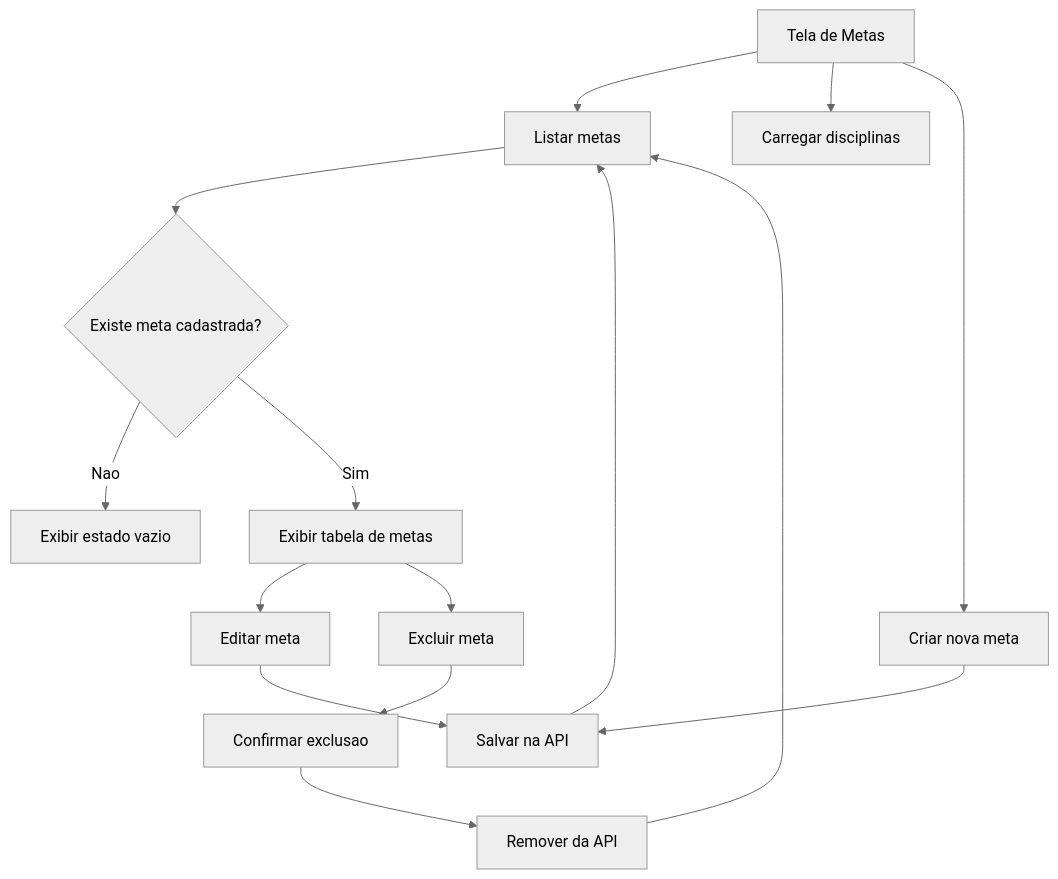
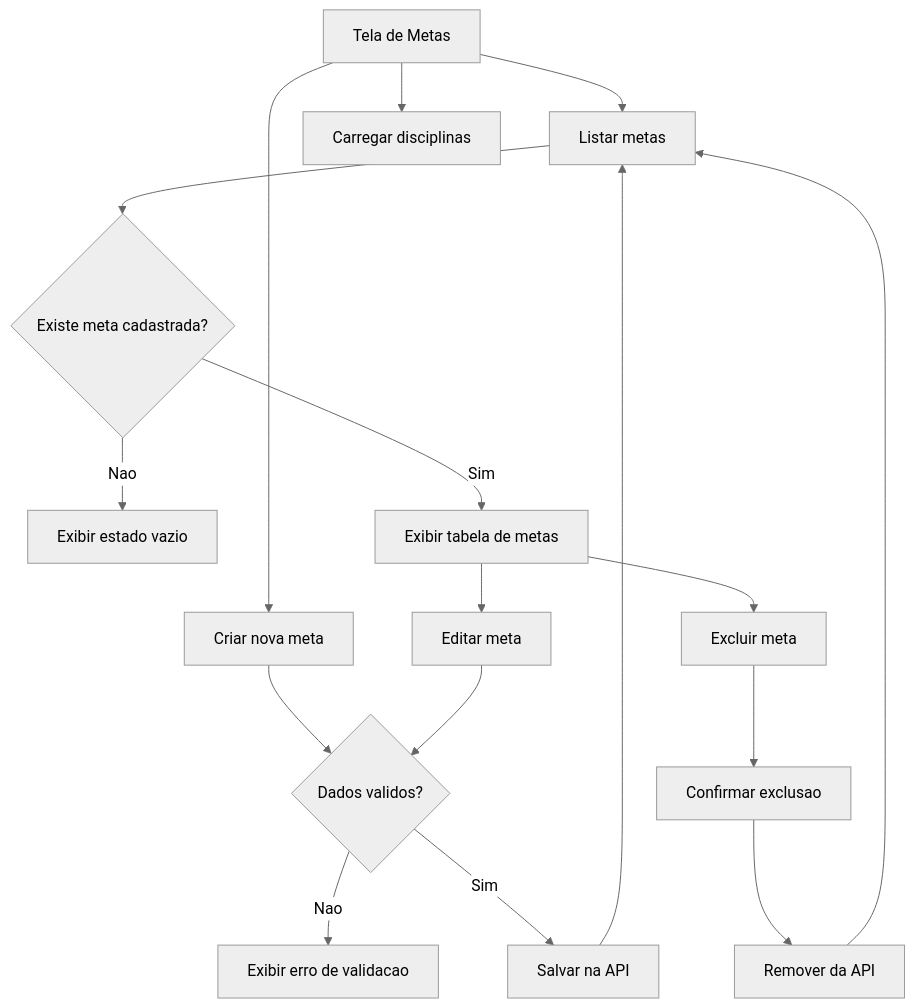
Before and after one commit to art4raujo0/xp-diario: the fourth of 6 diagrams in docs/DIAGRAMAS_TELAS_USUARIO_FINAL.md, drawn with Mermaid (neutral theme). The commit also changed other lines of this file and 12 other files, not shown here.

````diff
--- a/docs/DIAGRAMAS_TELAS_USUARIO_FINAL.md
+++ b/docs/DIAGRAMAS_TELAS_USUARIO_FINAL.md
@@ -43,17 +61,19 @@
 ```mermaid
 flowchart TD
     A[Tela de Metas] --> B[Listar metas]
     A --> C[Carregar disciplinas]
     B --> D{Existe meta cadastrada?}
     D -- Nao --> E[Exibir estado vazio]
     D -- Sim --> F[Exibir tabela de metas]
     F --> G[Editar meta]
     F --> H[Excluir meta]
     A --> I[Criar nova meta]
-    I --> J[Salvar na API]
+    I --> J{Dados validos?}
     G --> J
-    H --> K[Confirmar exclusao]
-    K --> L[Remover da API]
-    J --> B
+    J -- Nao --> K[Exibir erro de validacao]
+    J -- Sim --> L[Salvar na API]
+    H --> M[Confirmar exclusao]
+    M --> N[Remover da API]
     L --> B
+    N --> B
 ```
````
